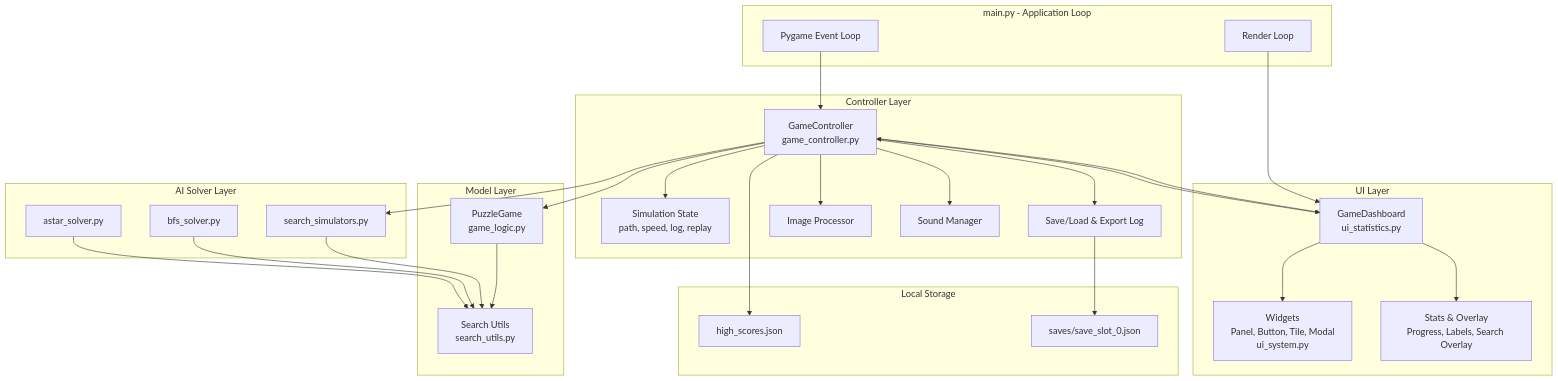
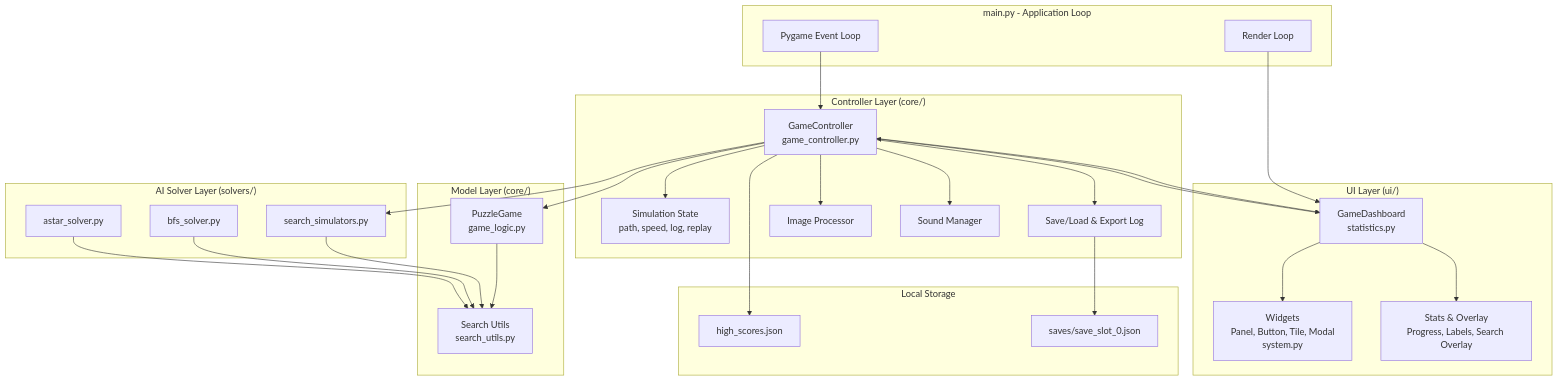
One commit to hoangscor/8puzzleNhom5 changed the first of 3 diagrams in README.md. Above: the diagram before and after it, drawn with Mermaid. The commit also changed other lines of this file, not shown here.

````diff
--- a/README.md
+++ b/README.md
@@ -62,56 +106,56 @@
 ```mermaid
 flowchart TD
     subgraph Main["main.py - Application Loop"]
         E[Pygame Event Loop]
         R[Render Loop]
     end
 
-    subgraph UI["UI Layer"]
-        D[GameDashboard<br/>ui_statistics.py]
-        W[Widgets<br/>Panel, Button, Tile, Modal<br/>ui_system.py]
+    subgraph UI["UI Layer (ui/)"]
+        D[GameDashboard<br/>statistics.py]
+        W[Widgets<br/>Panel, Button, Tile, Modal<br/>system.py]
         P[Stats & Overlay<br/>Progress, Labels, Search Overlay]
     end
 
-    subgraph Controller["Controller Layer"]
+    subgraph Controller["Controller Layer (core/)"]
         GC[GameController<br/>game_controller.py]
         SIM[Simulation State<br/>path, speed, log, replay]
         IO[Save/Load & Export Log]
         IMG[Image Processor]
         SND[Sound Manager]
     end
 
-    subgraph Model["Model Layer"]
+    subgraph Model["Model Layer (core/)"]
         PG[PuzzleGame<br/>game_logic.py]
         SU[Search Utils<br/>search_utils.py]
     end
 
-    subgraph AI["AI Solver Layer"]
+    subgraph AI["AI Solver Layer (solvers/)"]
         SS[search_simulators.py]
         BFS[bfs_solver.py]
         AS[astar_solver.py]
     end
 
     subgraph Storage["Local Storage"]
         HS[high_scores.json]
         SV[saves/save_slot_0.json]
     end
 
     E --> GC
     GC --> D
     D --> GC
     D --> W
     D --> P
     GC --> SIM
     GC --> PG
     GC --> SS
     GC --> IO
     IO --> SV
     GC --> HS
     PG --> SU
     SS --> SU
     BFS --> SU
     AS --> SU
     GC --> IMG
     GC --> SND
     R --> D
 ```
````
